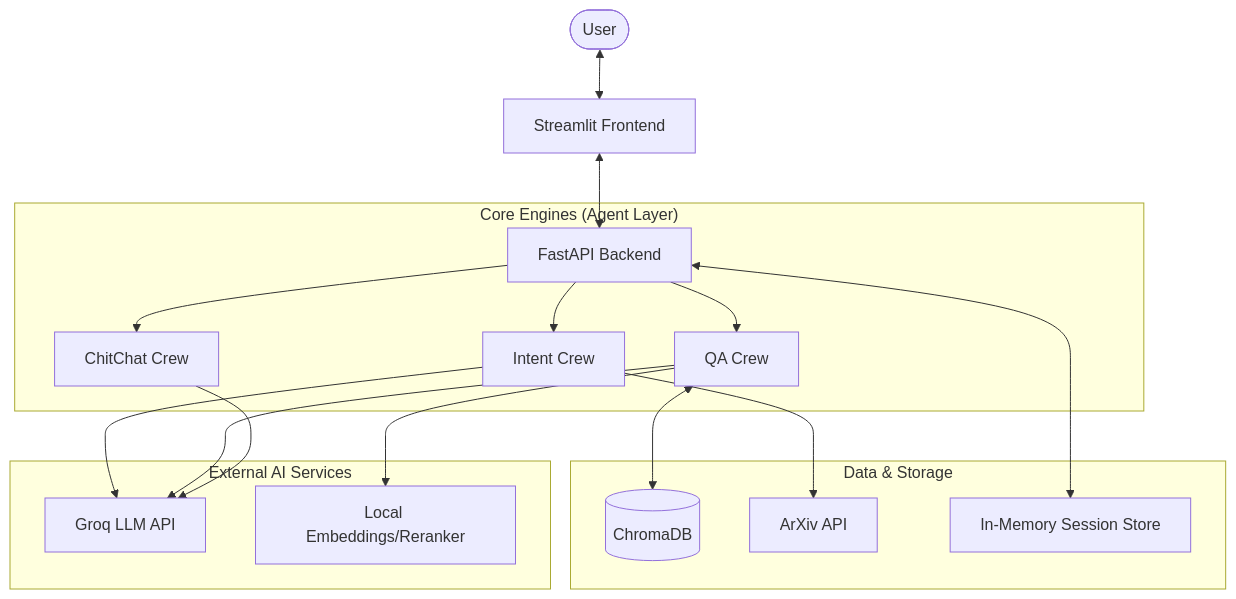
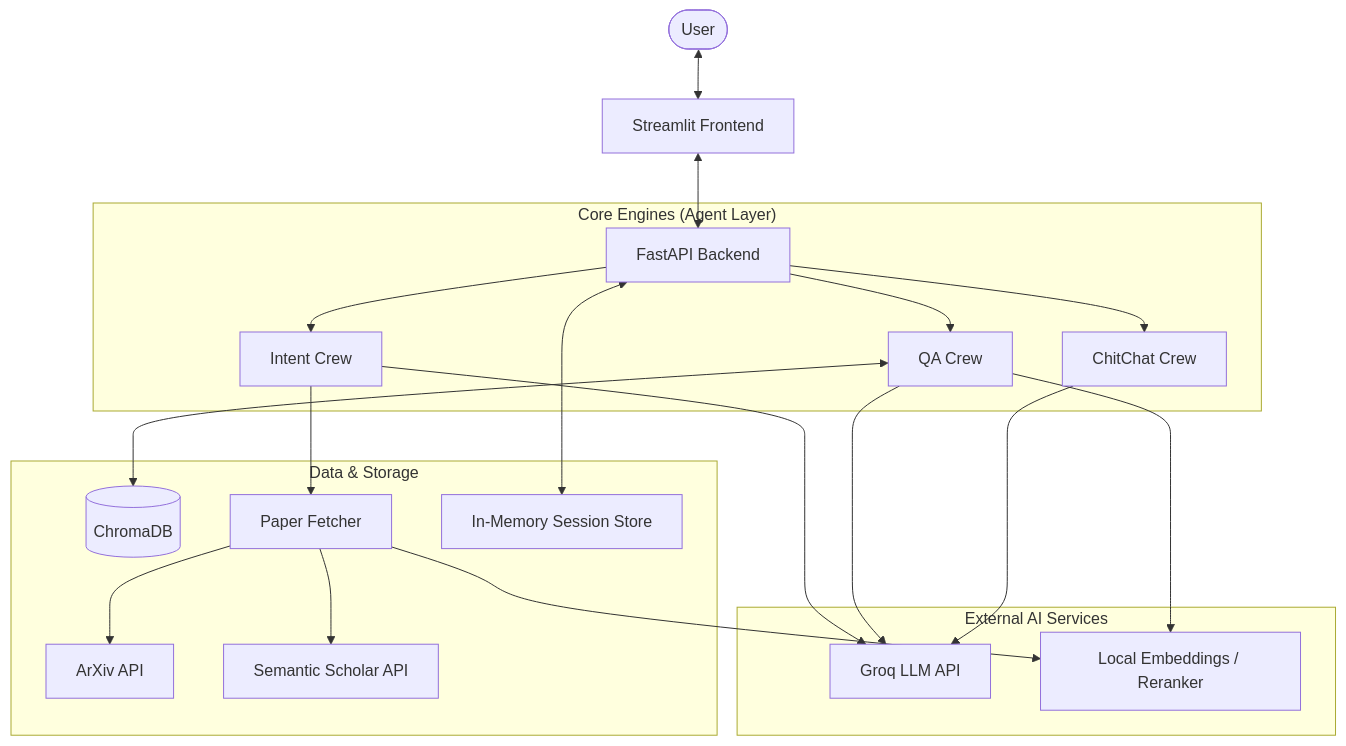
The diagram in docs.md (SaiRamAditya8/rag-research-agent), drawn with Mermaid before and after one commit. The commit also changed other lines of this file, not shown here.

````diff
--- a/docs.md
+++ b/docs.md
@@ -24,22 +77,25 @@
 ```mermaid
 graph TD
     User([User]) <--> Frontend[Streamlit Frontend]
     Frontend <--> BackendAPI[FastAPI Backend]
 
     subgraph "Core Engines (Agent Layer)"
         BackendAPI --> IntentCrew[Intent Crew]
         BackendAPI --> QACrew[QA Crew]
         BackendAPI --> ChitChatCrew[ChitChat Crew]
     end
 
     subgraph "Data & Storage"
         QACrew <--> VectorDB[(ChromaDB)]
-        IntentCrew --> ArXivAPI[ArXiv API]
+        IntentCrew --> PaperFetcher[Paper Fetcher]
+        PaperFetcher --> ArXivAPI[ArXiv API]
+        PaperFetcher --> SemanticScholar[Semantic Scholar API]
         BackendAPI <--> Memory[In-Memory Session Store]
     end
 
     subgraph "External AI Services"
         IntentCrew & QACrew & ChitChatCrew --> GroqAPI[Groq LLM API]
-        QACrew --> HuggingFace[Local Embeddings/Reranker]
+        QACrew --> HuggingFace[Local Embeddings / Reranker]
+        PaperFetcher --> HuggingFace
     end
 ```
````
